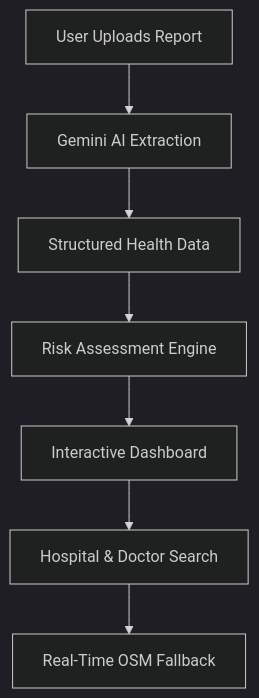
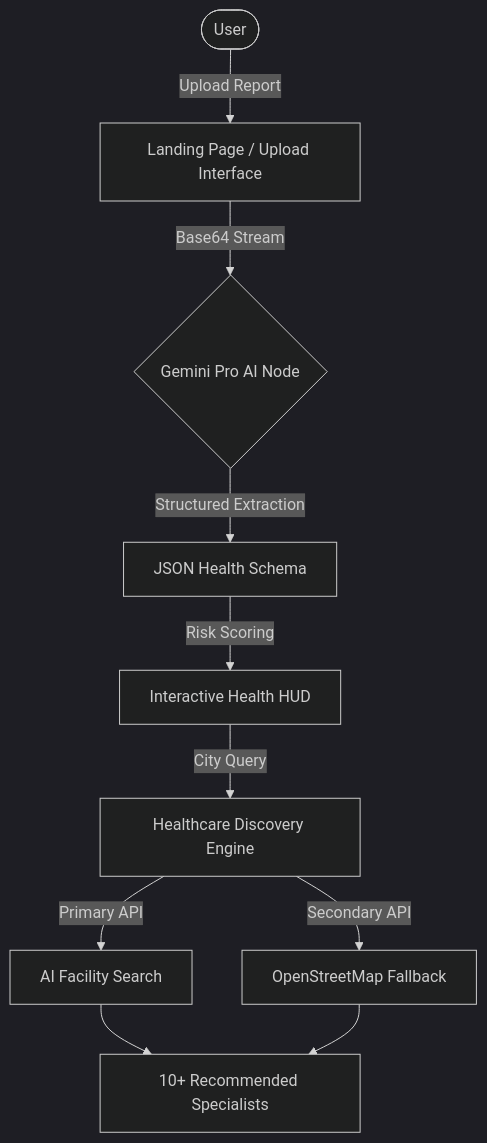
The diagram in README.md (pshree2003/MedIntel-Smart-Health-Report-Analyzer-with-AI-Risk-Prediction), drawn with Mermaid (dark theme) before and after one commit. The commit also changed other lines of this file and 2 other files, not shown here.

````diff
--- a/README.md
+++ b/README.md
@@ -36,9 +40,11 @@
 ```mermaid
 graph TD
-    A[User Uploads Report] --> B[Gemini AI Extraction]
-    B --> C[Structured Health Data]
-    C --> D[Risk Assessment Engine]
-    D --> E[Interactive Dashboard]
-    E --> F[Hospital & Doctor Search]
-    F --> G[Real-Time OSM Fallback]
+    User([User]) -- "Upload Report" --> Landing[Landing Page / Upload Interface]
+    Landing -- "Base64 Stream" --> GeminiAI{Gemini Pro AI Node}
+    GeminiAI -- "Structured Extraction" --> Extraction[JSON Health Schema]
+    Extraction -- "Risk Scoring" --> Dashboard[Interactive Health HUD]
+    Dashboard -- "City Query" --> Discovery[Healthcare Discovery Engine]
+    Discovery -- "Primary API" --> GeminiSearch[AI Facility Search]
+    Discovery -- "Secondary API" --> OSMSearch[OpenStreetMap Fallback]
+    GeminiSearch & OSMSearch --> Results[10+ Recommended Specialists]
 ```
````
